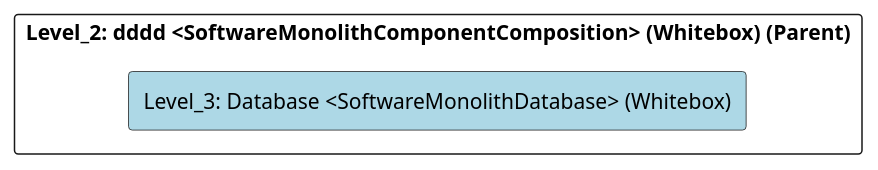
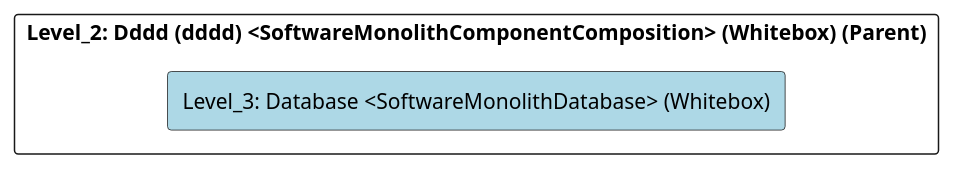
Before and after one commit to marcozwyssig/cleon: the diagram in src/cleon.architecturemethods.arc42.sample/doc/cleon_architecturemethods_arc42_sample_software_monolith/adoc/en/05_building_block_view/monolithsample/dddd/database/level_3_database.adoc, drawn with PlantUML. The commit also changed other lines of this file and 166 other files, not shown here.

```diff
--- a/src/cleon.architecturemethods.arc42.sample/doc/cleon_architecturemethods_arc42_sample_software_monolith/adoc/en/05_building_block_view/monolithsample/dddd/database/level_3_database.adoc
+++ b/src/cleon.architecturemethods.arc42.sample/doc/cleon_architecturemethods_arc42_sample_software_monolith/adoc/en/05_building_block_view/monolithsample/dddd/database/level_3_database.adoc
@@ -20,24 +20,24 @@
 [plantuml, Level_3: Database <SoftwareMonolithDatabase> (Whitebox)BlockOverview, format="svg"]
 ----
 @startuml Level_3: Database <SoftwareMonolithDatabase> (Whitebox)BuildingBlockOverview
 
 skinparam ranksep 10
 skinparam componentStyle rectangle
 skinparam shadowing false
 skinparam arrowColor lightblue
 skinparam arrowThickness 1.2
 skinparam rectangle {
   BackgroundColor White
   BorderColor #333
   RoundCorner 10
 }
 top to bottom direction
 
-component "Level_2: dddd <SoftwareMonolithComponentComposition> (Whitebox) (Parent)" {
+component "Level_2: Dddd (dddd) <SoftwareMonolithComponentComposition> (Whitebox) (Parent)" {
     component "Level_3: Database <SoftwareMonolithDatabase> (Whitebox)" #lightblue {
     }
 
 }
 
 @enduml
 ----
```
